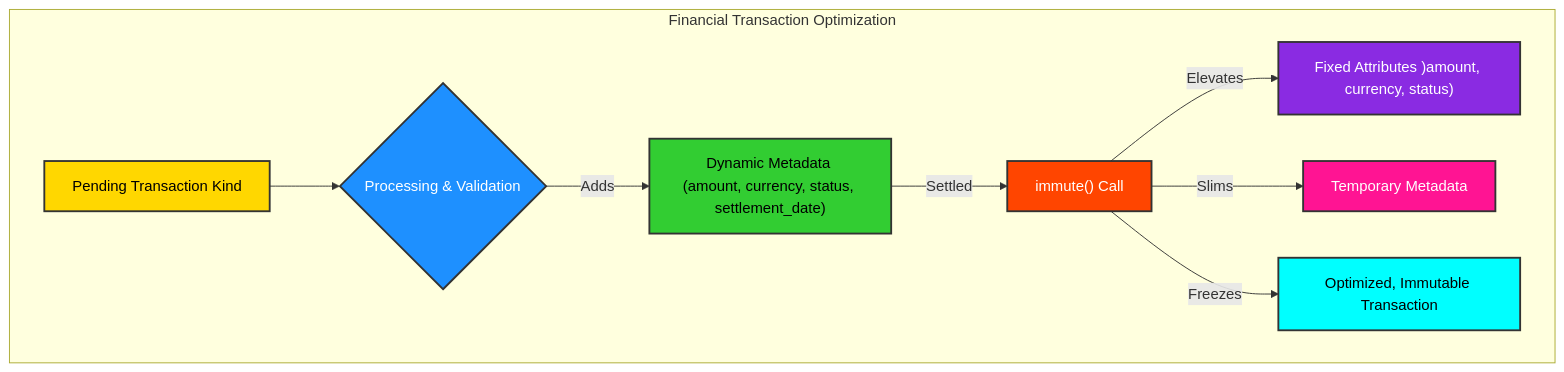
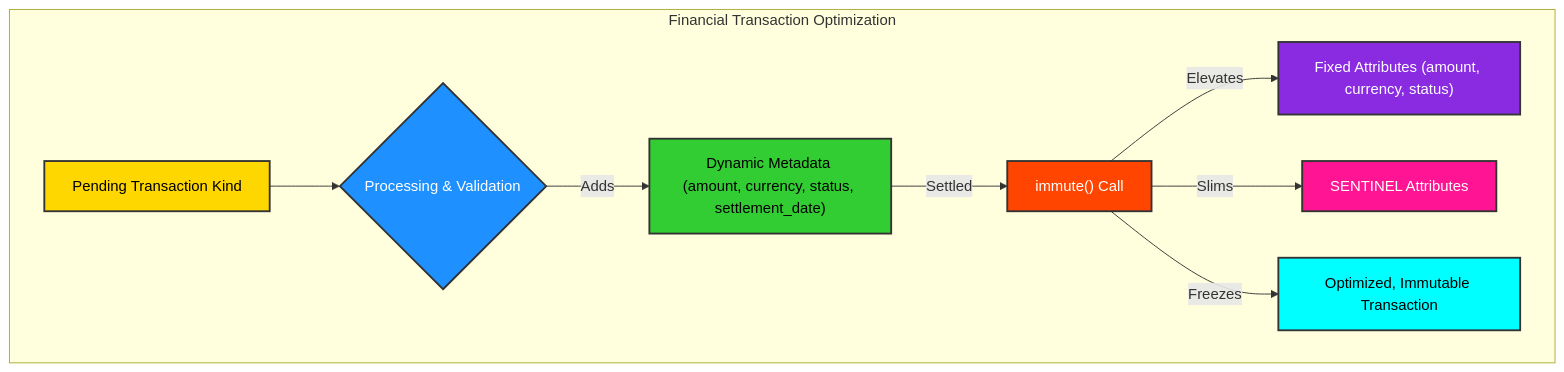
The fifth of 5 diagrams in docs/topics/6_memory_aware_maturing/index.md (ikko/kind), drawn with Mermaid before and after one commit. The commit also changed other lines of this file and 62 other files, not shown here.

````diff
--- a/docs/topics/6_memory_aware_maturing/index.md
+++ b/docs/topics/6_memory_aware_maturing/index.md
@@ -154,19 +149,19 @@
 ```mermaid
 graph TD
     subgraph "Financial Transaction Optimization"
         A[Pending Transaction Kind] --> B{Processing & Validation};
         B -- "Adds" --> C[Dynamic Metadata #40;amount, currency, status, settlement_date#41;];
         C -- "Settled" --> D[immute#40;#41; Call];
-        D -- "Elevates" --> E[Fixed Attributes #41;amount, currency, status#41;];
-        D -- "Slims" --> F[Temporary Metadata];
+        D -- "Elevates" --> E[Fixed Attributes #40;amount, currency, status#41;];
+        D -- "Slims" --> F[SENTINEL Attributes];
         D -- "Freezes" --> G[Optimized, Immutable Transaction];
     end
 
     style A fill:#FFD700,stroke:#333,stroke-width:2px,color:#000000;
     style B fill:#1E90FF,stroke:#333,stroke-width:2px,color:#FFFFFF;
     style C fill:#32CD32,stroke:#333,stroke-width:2px,color:#000000;
     style D fill:#FF4500,stroke:#333,stroke-width:2px,color:#FFFFFF;
     style E fill:#8A2BE2,stroke:#333,stroke-width:2px,color:#FFFFFF;
     style F fill:#FF1493,stroke:#333,stroke-width:2px,color:#FFFFFF;
     style G fill:#00FFFF,stroke:#333,stroke-width:2px,color:#000000;
 ```
````
